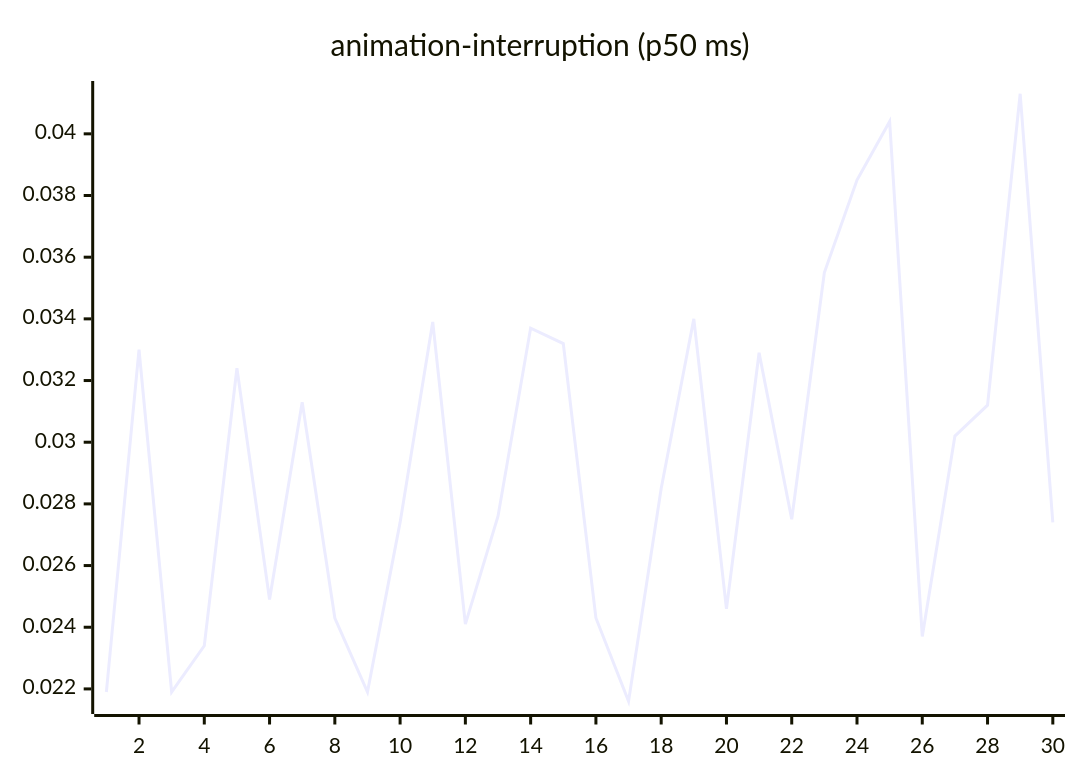
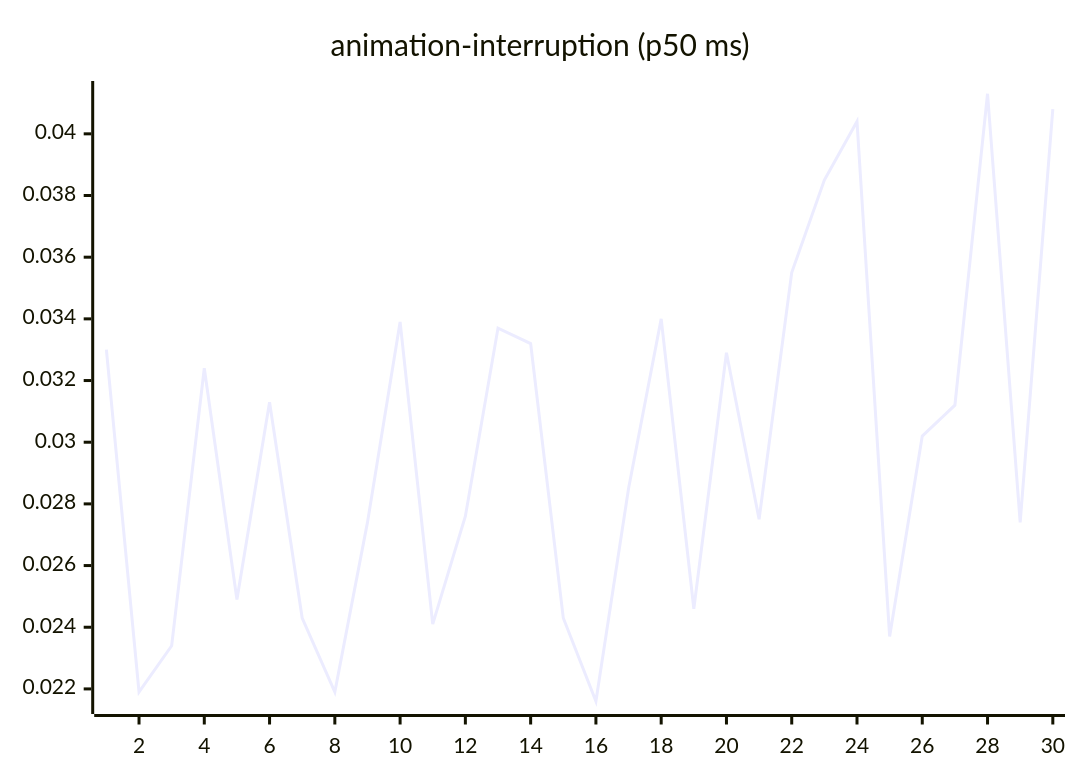
The third of 27 diagrams in README.md (josha/Facet), drawn with Mermaid before and after one commit. The commit also changed other lines of this file and 2 other files, not shown here.

````diff
--- a/README.md
+++ b/README.md
@@ -77,6 +77,6 @@
 ```mermaid
 xychart-beta
     title "animation-interruption (p50 ms)"
     x-axis 1 --> 30
-    line [0.0219, 0.0330, 0.0219, 0.0234, 0.0324, 0.0249, 0.0313, 0.0243, 0.0219, 0.0274, 0.0339, 0.0241, 0.0276, 0.0337, 0.0332, 0.0243, 0.0216, 0.0285, 0.0340, 0.0246, 0.0329, 0.0275, 0.0355, 0.0385, 0.0404, 0.0237, 0.0302, 0.0312, 0.0413, 0.0274]
+    line [0.0330, 0.0219, 0.0234, 0.0324, 0.0249, 0.0313, 0.0243, 0.0219, 0.0274, 0.0339, 0.0241, 0.0276, 0.0337, 0.0332, 0.0243, 0.0216, 0.0285, 0.0340, 0.0246, 0.0329, 0.0275, 0.0355, 0.0385, 0.0404, 0.0237, 0.0302, 0.0312, 0.0413, 0.0274, 0.0408]
 ```
````
